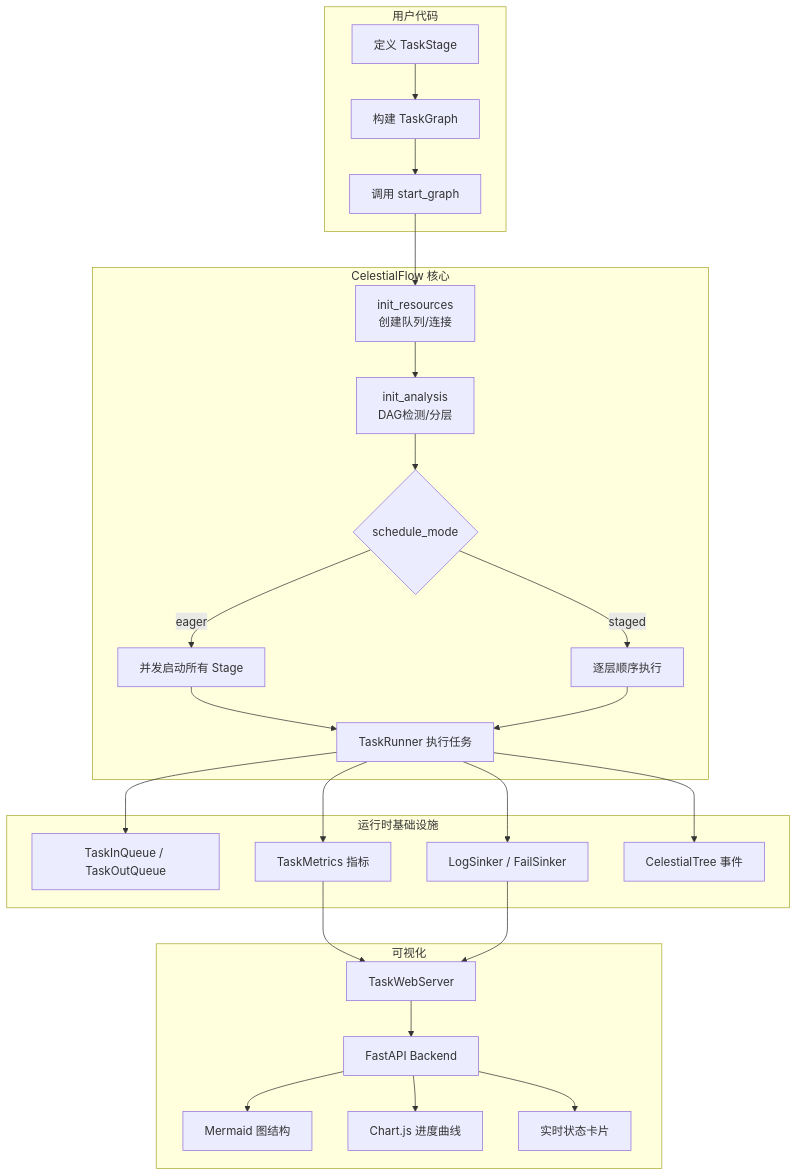
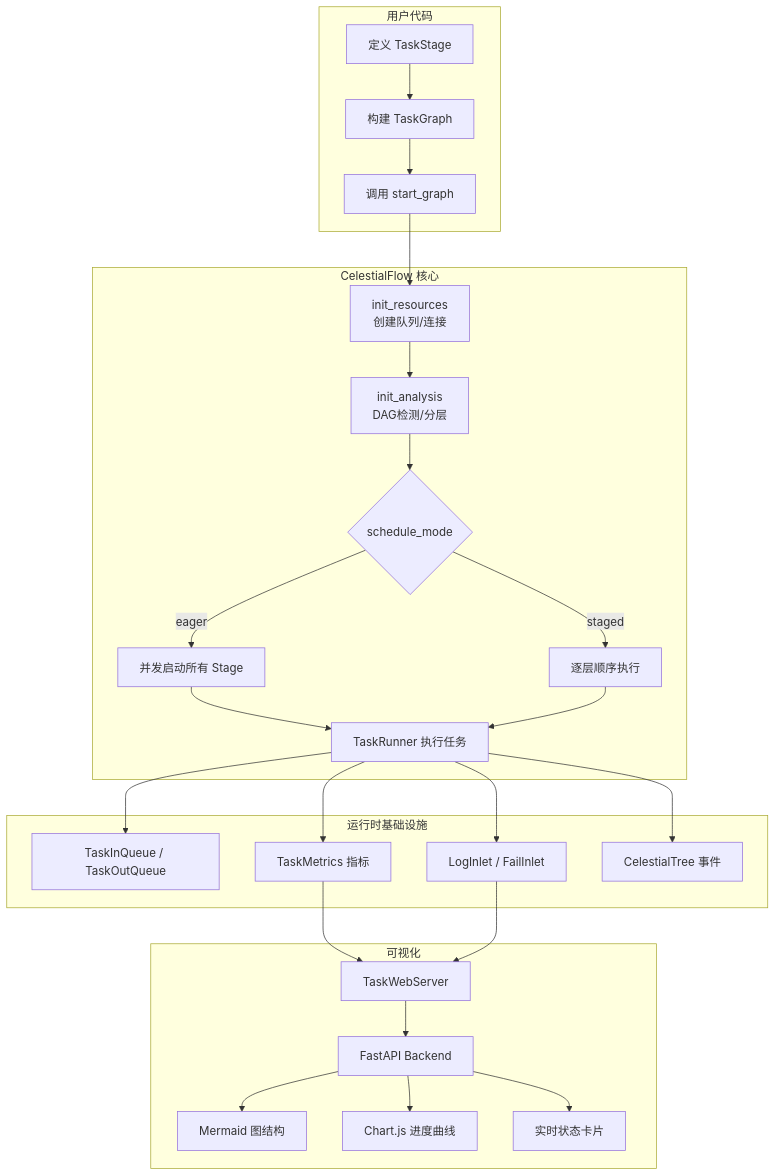
Before and after one commit to Mr-xiaotian/CelestialFlow: the first of 9 diagrams in docs/presentation.md, drawn with Mermaid. The commit also changed other lines of this file and 9 other files, not shown here.

````diff
--- a/docs/presentation.md
+++ b/docs/presentation.md
@@ -74,34 +74,34 @@
 ```mermaid
 graph TB
     subgraph 用户代码
         A[定义 TaskStage] --> B[构建 TaskGraph]
         B --> C[调用 start_graph]
     end
 
     subgraph CelestialFlow 核心
         C --> D[init_resources<br/>创建队列/连接]
         D --> E[init_analysis<br/>DAG检测/分层]
         E --> F{schedule_mode}
         F -->|eager| G[并发启动所有 Stage]
         F -->|staged| H[逐层顺序执行]
         G --> I[TaskRunner 执行任务]
         H --> I
     end
 
     subgraph 运行时基础设施
         I --> J[TaskInQueue / TaskOutQueue]
         I --> K[TaskMetrics 指标]
-        I --> L[LogSinker / FailSinker]
+        I --> L[LogInlet / FailInlet]
         I --> M[CelestialTree 事件]
     end
 
     subgraph 可视化
         N[TaskWebServer] --> O[FastAPI Backend]
         O --> P[Mermaid 图结构]
         O --> Q[Chart.js 进度曲线]
         O --> R[实时状态卡片]
     end
 
     K --> N
     L --> N
 ```
````
